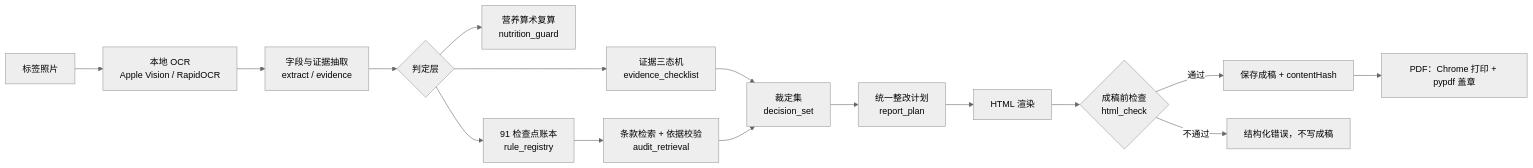
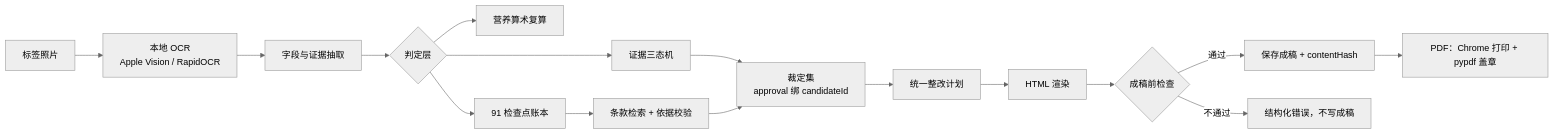
The diagram in README.md (ccxcc065-a11y/food-label-review), drawn with Mermaid (neutral theme) before and after one commit. The commit also changed other lines of this file, not shown here.

First line of the commit message:
README 按开源惯例重排：输入输出实例 + 技术优点按层拆 + 对比表 + Roadmap

````diff
--- a/README.md
+++ b/README.md
@@ -192,18 +97,18 @@
 ```mermaid
 flowchart LR
   A[标签照片] --> B[本地 OCR<br/>Apple Vision / RapidOCR]
-  B --> C[字段与证据抽取<br/>extract / evidence]
+  B --> C[字段与证据抽取]
   C --> D{判定层}
-  D --> E[营养算术复算<br/>nutrition_guard]
-  D --> F[91 检查点账本<br/>rule_registry]
-  D --> G[证据三态机<br/>evidence_checklist]
-  F --> H[条款检索 + 依据校验<br/>audit_retrieval]
-  G --> I[裁定集<br/>decision_set]
+  D --> E[营养算术复算]
+  D --> F[91 检查点账本]
+  D --> G[证据三态机]
+  F --> H[条款检索 + 依据校验]
+  G --> I[裁定集<br/>approval 绑 candidateId]
   H --> I
-  I --> J[统一整改计划<br/>report_plan]
+  I --> J[统一整改计划]
   J --> K[HTML 渲染]
-  K --> L{成稿前检查<br/>html_check}
+  K --> L{成稿前检查}
   L -- 通过 --> M[保存成稿 + contentHash]
   L -- 不通过 --> N[结构化错误，不写成稿]
   M --> O[PDF：Chrome 打印 + pypdf 盖章]
 ```
````
